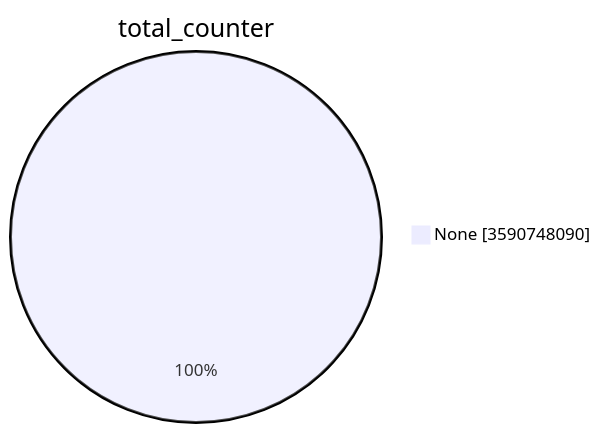
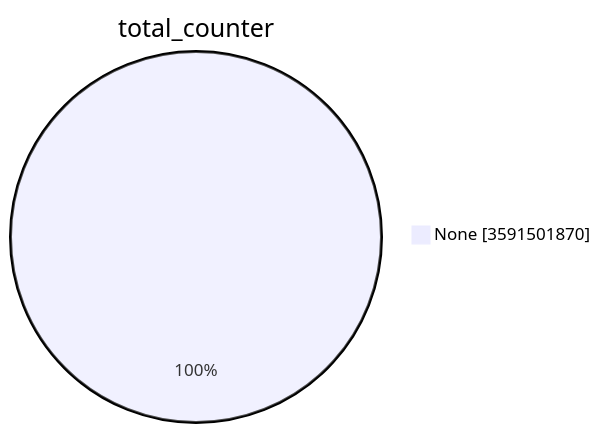
Before and after one commit to christiankrug/ctmonitor_visualization: the first of 15 diagrams in TOTAL/README.md, drawn with Mermaid. The commit also changed other lines of this file, not shown here.

````diff
--- a/TOTAL/README.md
+++ b/TOTAL/README.md
@@ -1,5 +1,5 @@
 ```mermaid
 pie showData
 title total_counter
-"None" :3590748090
+"None" :3591501870
 ```
````
